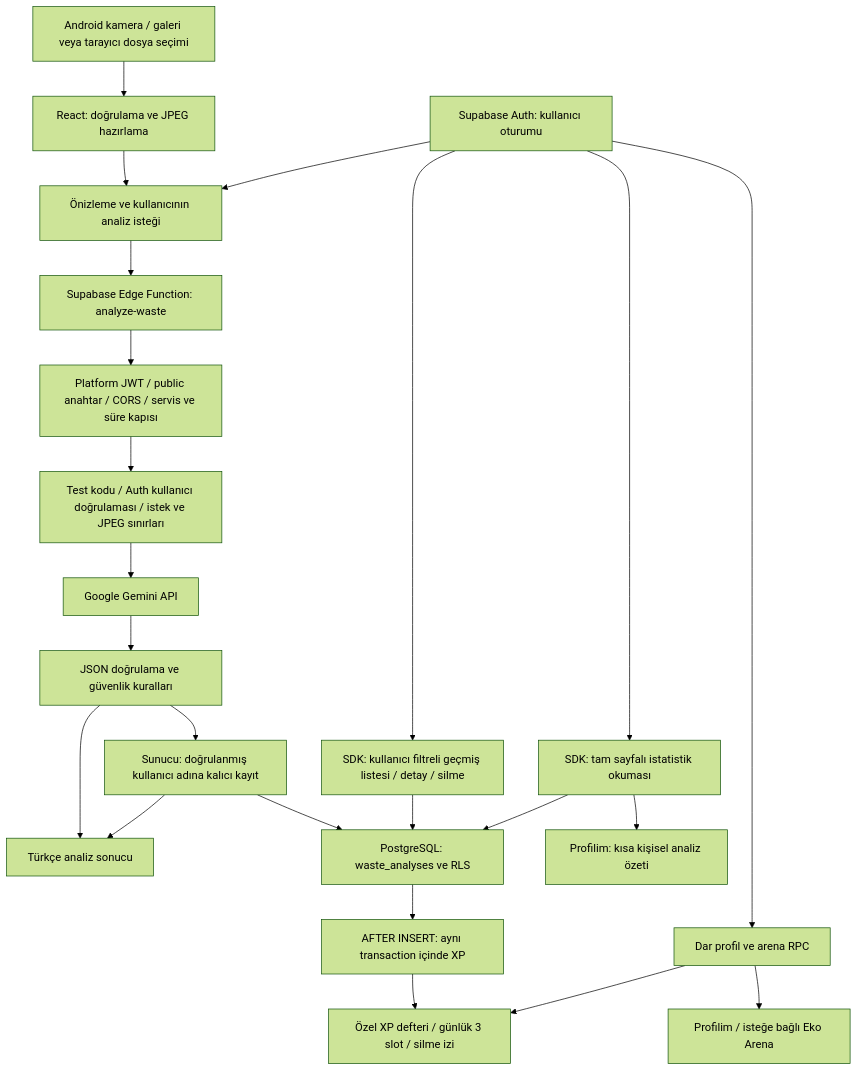
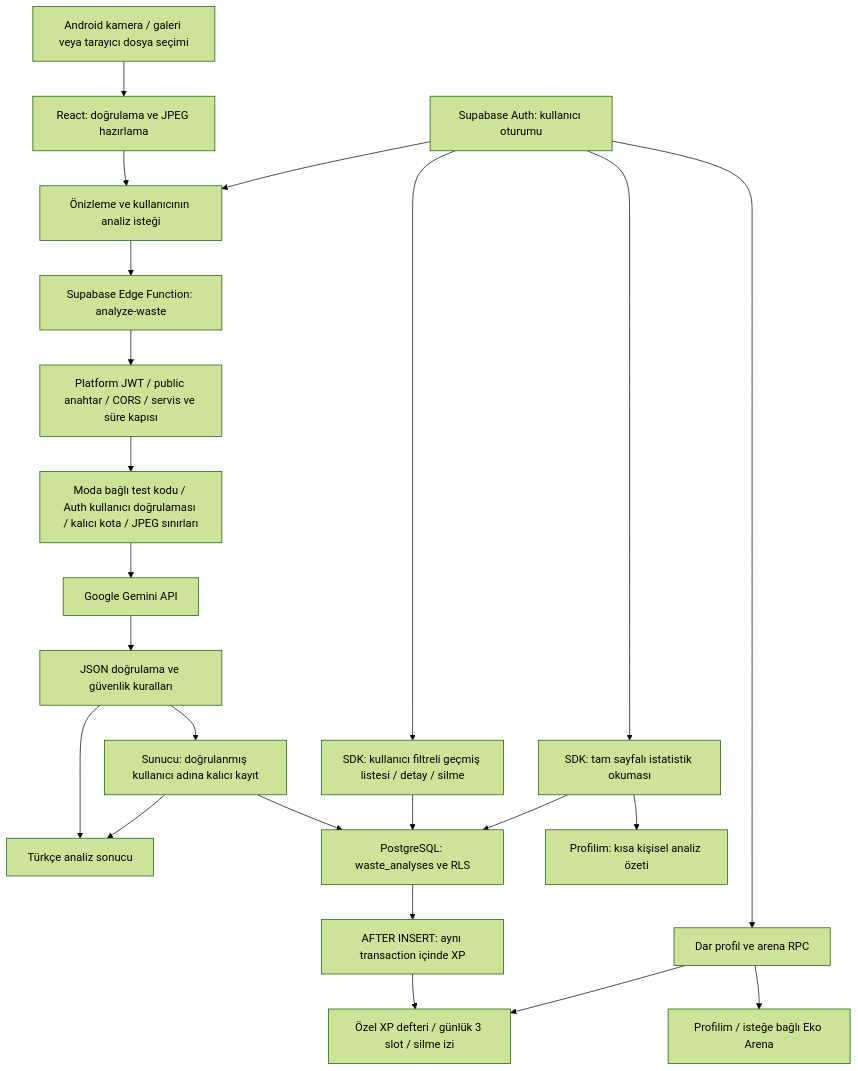
One commit to furkancincik/Akilli-Atik changed the diagram in README.md. Above: the diagram before and after it, drawn with Mermaid (forest theme). The commit also changed other lines of this file and 5 other files, not shown here.

````diff
--- a/README.md
+++ b/README.md
@@ -72,25 +72,25 @@
 ```mermaid
 flowchart TD
     A[Android kamera / galeri veya tarayıcı dosya seçimi] --> B[React: doğrulama ve JPEG hazırlama]
     B --> C[Önizleme ve kullanıcının analiz isteği]
     C --> D[Supabase Edge Function: analyze-waste]
     D --> E[Platform JWT / public anahtar / CORS / servis ve süre kapısı]
-    E --> F[Test kodu / Auth kullanıcı doğrulaması / istek ve JPEG sınırları]
+    E --> F[Moda bağlı test kodu / Auth kullanıcı doğrulaması / kalıcı kota / JPEG sınırları]
     F --> G[Google Gemini API]
     G --> H[JSON doğrulama ve güvenlik kuralları]
     H --> J[Sunucu: doğrulanmış kullanıcı adına kalıcı kayıt]
     H --> I[Türkçe analiz sonucu]
     J --> I
     J --> K[PostgreSQL: waste_analyses ve RLS]
     L[Supabase Auth: kullanıcı oturumu] --> C
     L --> M[SDK: kullanıcı filtreli geçmiş listesi / detay / silme]
     M --> K
     L --> N[SDK: tam sayfalı istatistik okuması]
     N --> K
     N --> O[Profilim: kısa kişisel analiz özeti]
     K --> P[AFTER INSERT: aynı transaction içinde XP]
     P --> Q[Özel XP defteri / günlük 3 slot / silme izi]
     L --> R[Dar profil ve arena RPC]
     R --> Q
     R --> S[Profilim / isteğe bağlı Eko Arena]
 ```
````
